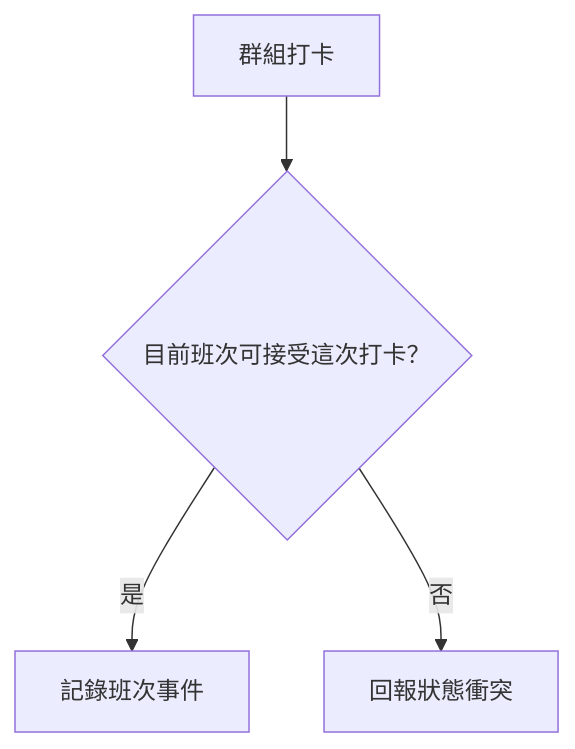
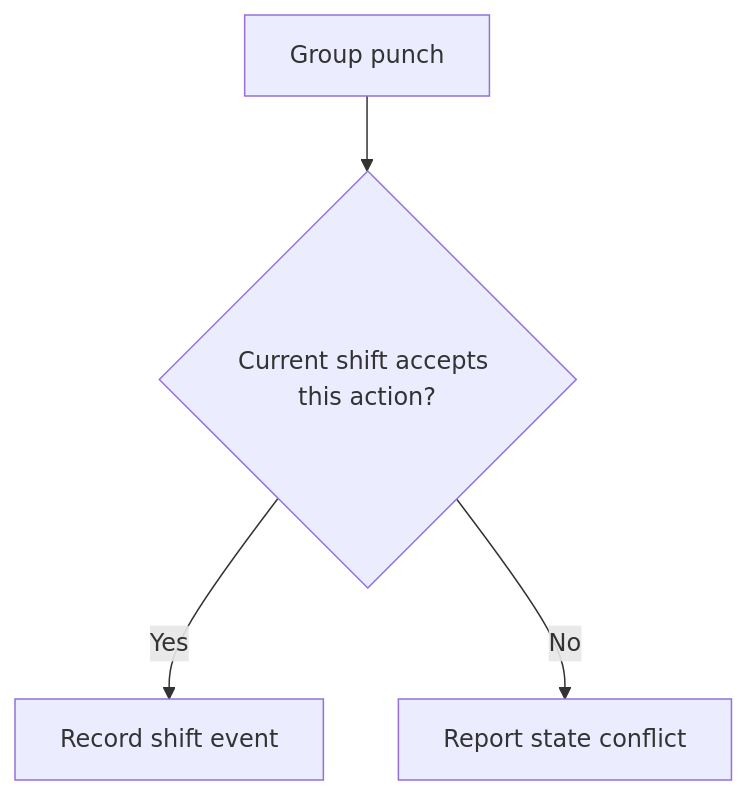
Before and after one commit to 963sup/line-mini-app-bot: diagram 15 of 15 in docs/domains/attendance/README.md, drawn with Mermaid. The commit also changed other lines of this file and 341 other files, not shown here.

````diff
--- a/docs/domains/attendance/README.md
+++ b/docs/domains/attendance/README.md
@@ -249,6 +265,6 @@
 ```mermaid
 flowchart TD
-    start["群組打卡"] --> gate{"目前班次可接受這次打卡？"}
-    gate -->|是| ok["記錄班次事件"]
-    gate -->|否| stop["回報狀態衝突"]
+    start["Group punch"] --> gate{"Current shift accepts this action?"}
+    gate -->|Yes| ok["Record shift event"]
+    gate -->|No| stop["Report state conflict"]
 ```
````
